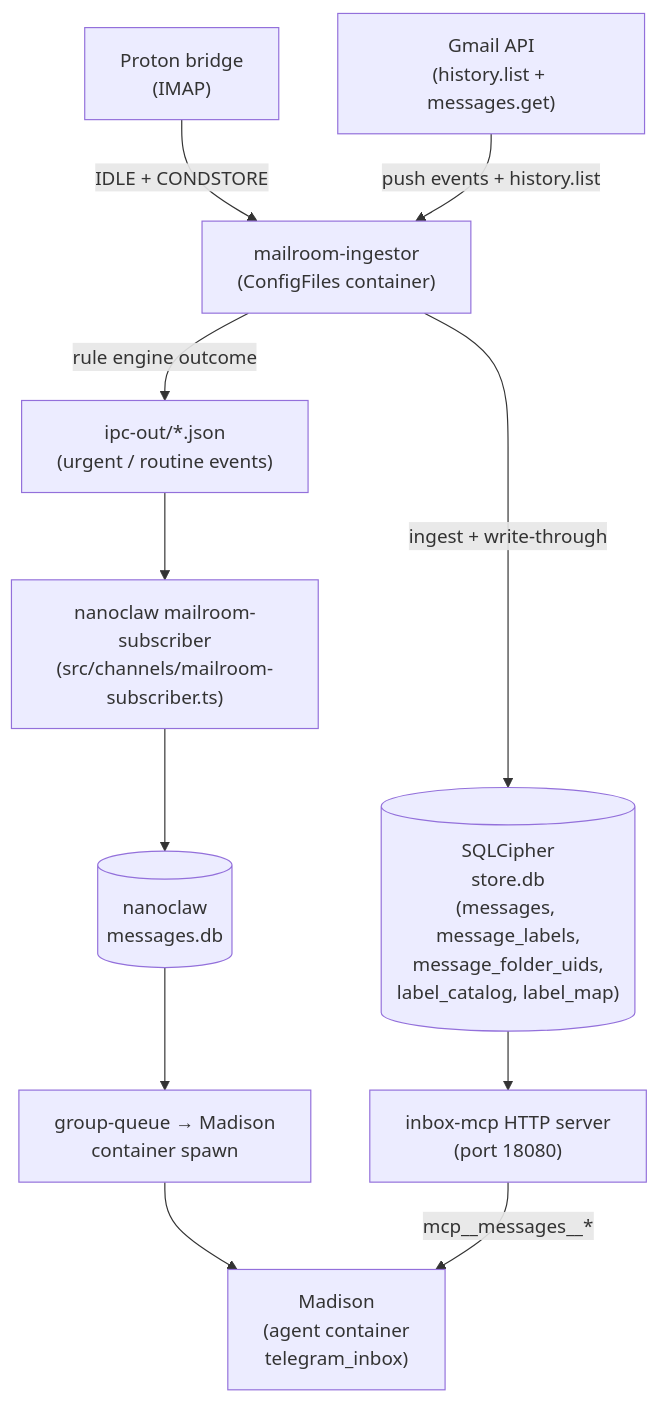
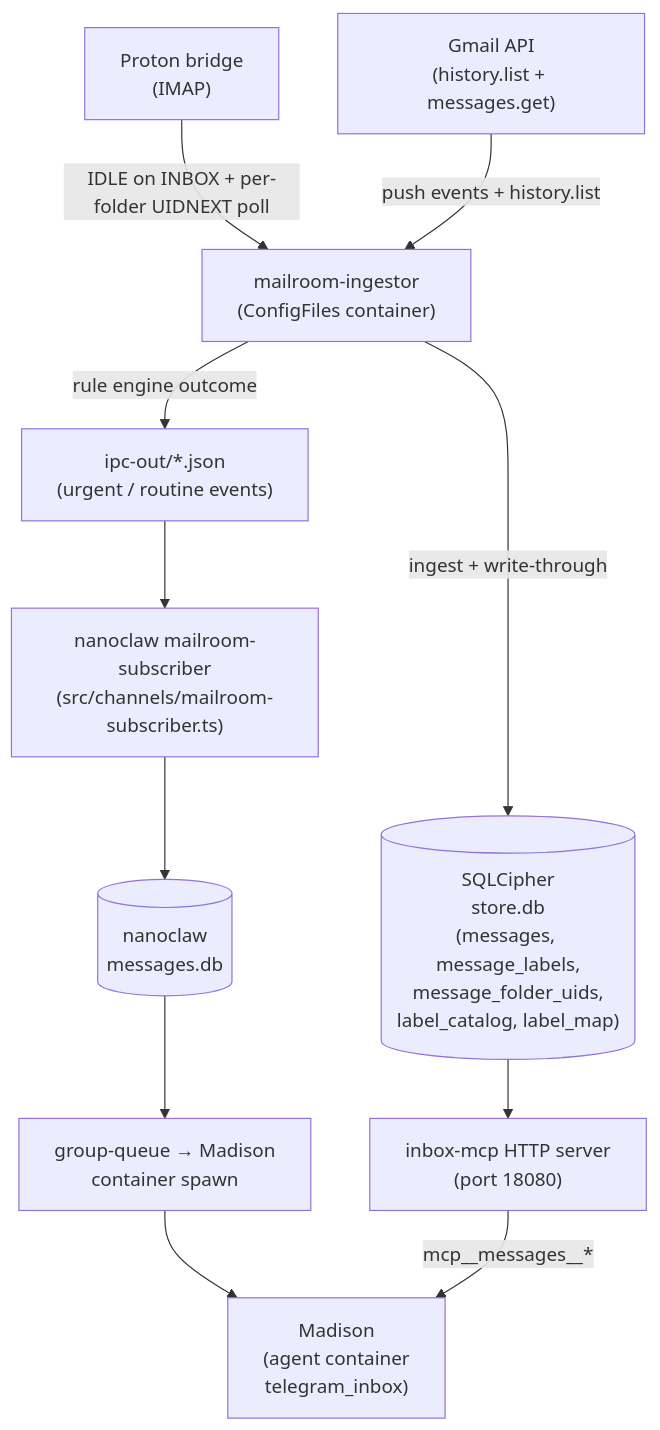
Before and after one commit to jmcstone/nanoclaw: the diagram in lode/architecture/madison-pipeline.md, drawn with Mermaid. The commit also changed other lines of this file and 8 other files, not shown here.

````diff
--- a/lode/architecture/madison-pipeline.md
+++ b/lode/architecture/madison-pipeline.md
@@ -81,24 +81,24 @@
 ```mermaid
 flowchart TD
   PBridge["Proton bridge\n(IMAP)"]
   GmailAPI["Gmail API\n(history.list + messages.get)"]
   Ingestor["mailroom-ingestor\n(ConfigFiles container)"]
   StoreDB[("SQLCipher\nstore.db\n(messages, message_labels,\nmessage_folder_uids,\nlabel_catalog, label_map)")]
   IPCOut["ipc-out/*.json\n(urgent / routine events)"]
   Subscriber["nanoclaw mailroom-subscriber\n(src/channels/mailroom-subscriber.ts)"]
   NanoclawDB[("nanoclaw\nmessages.db")]
   Queue["group-queue → Madison\ncontainer spawn"]
   InboxMCP["inbox-mcp HTTP server\n(port 18080)"]
   Madison["Madison\n(agent container\ntelegram_inbox)"]
 
-  PBridge -->|IDLE + CONDSTORE| Ingestor
+  PBridge -->|IDLE on INBOX + per-folder UIDNEXT poll| Ingestor
   GmailAPI -->|push events + history.list| Ingestor
   Ingestor -->|ingest + write-through| StoreDB
   Ingestor -->|rule engine outcome| IPCOut
   IPCOut --> Subscriber
   Subscriber --> NanoclawDB
   NanoclawDB --> Queue
   Queue --> Madison
   StoreDB --> InboxMCP
   InboxMCP -->|mcp__messages__*| Madison
 ```
````
